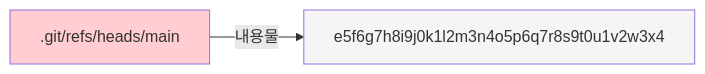
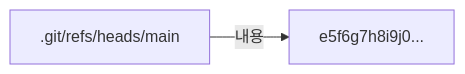
The sixth of 8 diagrams in content/posts/git-internals-01-object-storage.md (hiddenpunch/hiddenpunch.github.io), drawn with Mermaid before and after one commit. The commit also changed other lines of this file, not shown here.

Commit message:
Fix Mermaid syntax for v11 compatibility

```diff
--- a/content/posts/git-internals-01-object-storage.md
+++ b/content/posts/git-internals-01-object-storage.md
@@ -251,10 +152,4 @@
 <div class="mermaid">
-graph LR
-    FILE[".git/refs/heads/main"]
-    CONTENT["e5f6g7h8i9j0k1l2m3n4o5p6q7r8s9t0u1v2w3x4"]
-    
-    FILE -->|"내용물"| CONTENT
-    
-    style FILE fill:#ffcdd2
-    style CONTENT fill:#f5f5f5
+flowchart LR
+    A[.git/refs/heads/main] -->|내용| B[e5f6g7h8i9j0...]
 </div>
```
